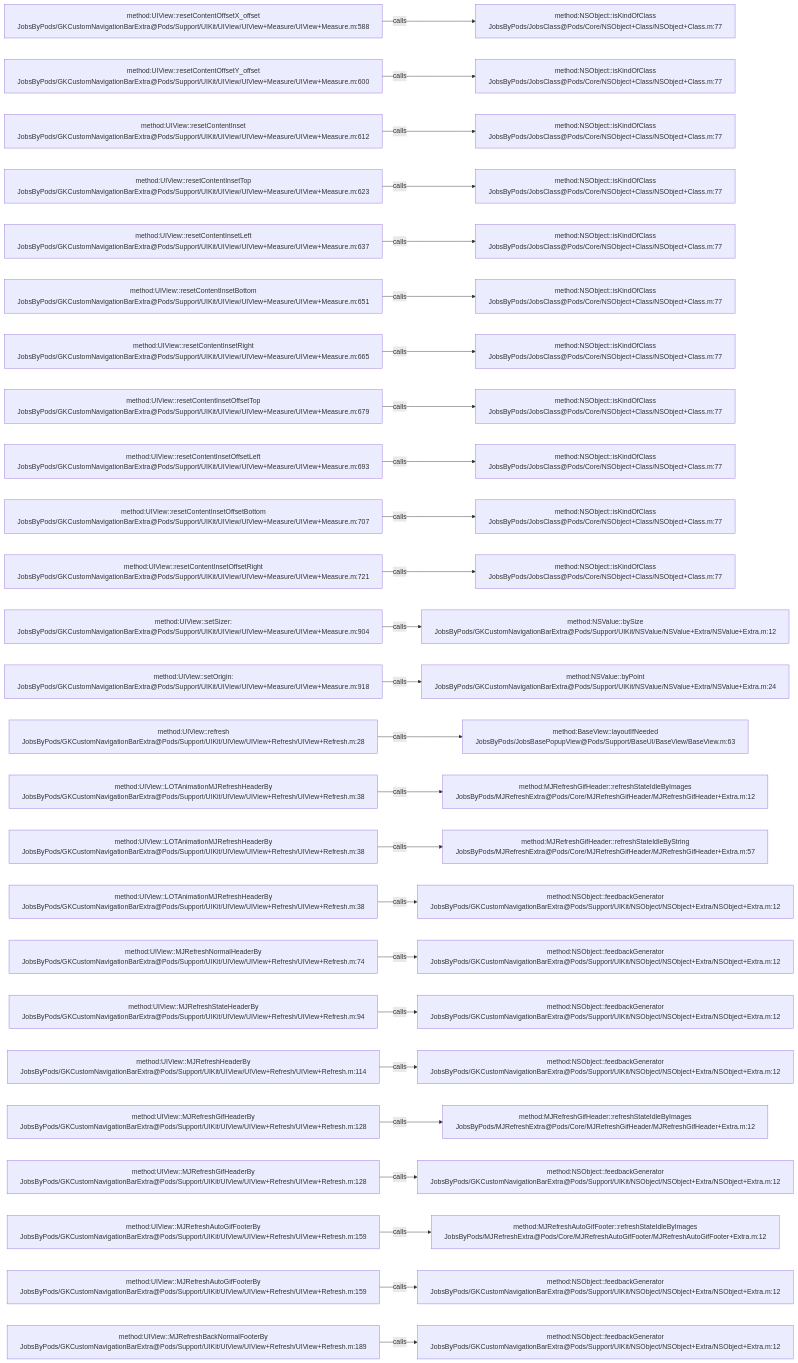
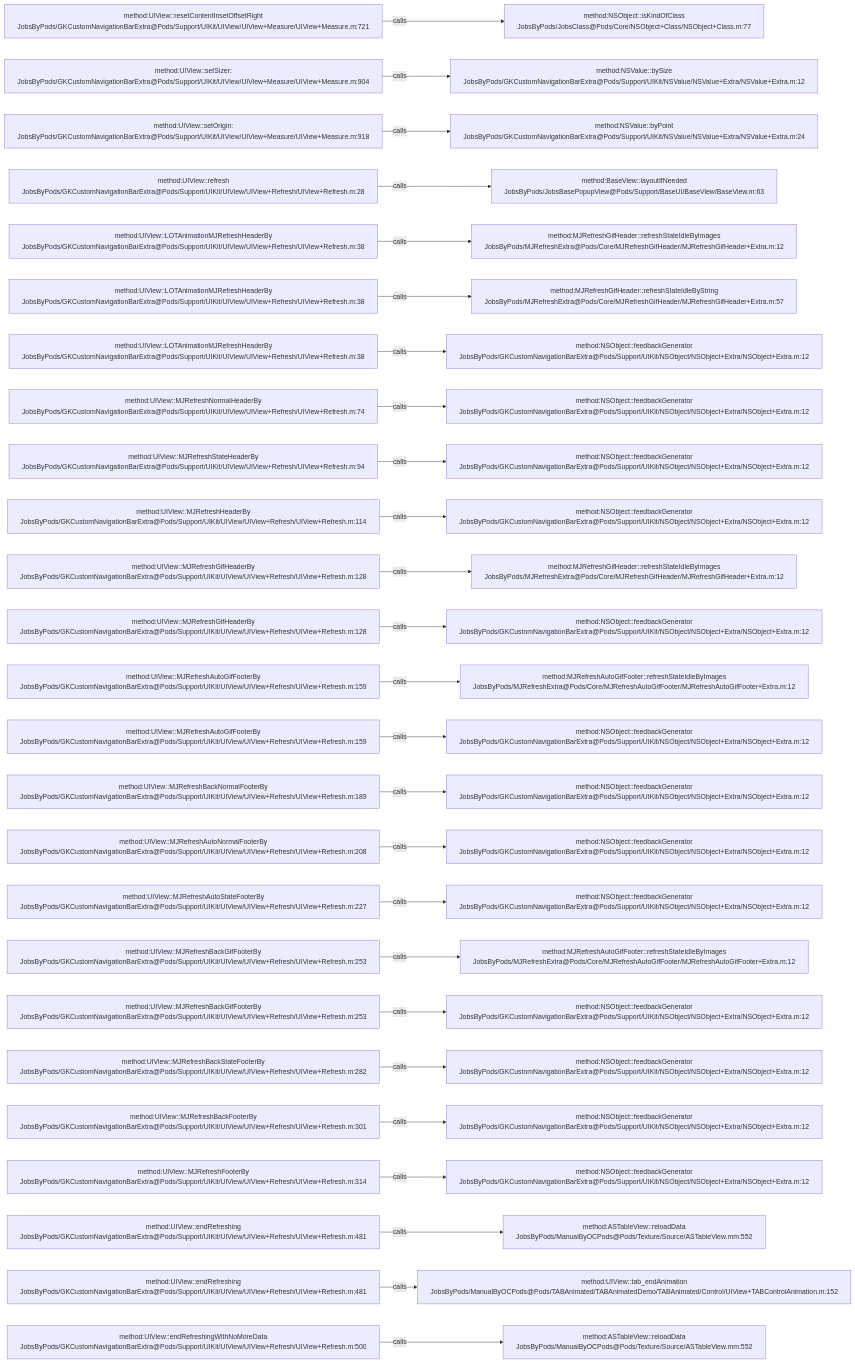
One commit to JobsKits/JobsOCBaseConfigDemo changed the diagram in .codegraph/codegraph.md/graphs/calls-010.md. Above: the diagram before and after it, drawn with Mermaid. The commit also changed 639 other files, not shown here.

````diff
--- a/.codegraph/codegraph.md/graphs/calls-010.md
+++ b/.codegraph/codegraph.md/graphs/calls-010.md
@@ -13,78 +13,78 @@
 ```mermaid
 flowchart LR
-  S1["method:UIView::resetContentOffsetX_offset<br/>JobsByPods/GKCustomNavigationBarExtra@Pods/Support/UIKit/UIView/UIView+Measure/UIView+Measure.m:588"]
+  S1["method:UIView::resetContentInsetOffsetRight<br/>JobsByPods/GKCustomNavigationBarExtra@Pods/Support/UIKit/UIView/UIView+Measure/UIView+Measure.m:721"]
   T1["method:NSObject::isKindOfClass<br/>JobsByPods/JobsClass@Pods/Core/NSObject+Class/NSObject+Class.m:77"]
   S1 -->|calls| T1
-  S2["method:UIView::resetContentOffsetY_offset<br/>JobsByPods/GKCustomNavigationBarExtra@Pods/Support/UIKit/UIView/UIView+Measure/UIView+Measure.m:600"]
-  T2["method:NSObject::isKindOfClass<br/>JobsByPods/JobsClass@Pods/Core/NSObject+Class/NSObject+Class.m:77"]
+  S2["method:UIView::setSizer:<br/>JobsByPods/GKCustomNavigationBarExtra@Pods/Support/UIKit/UIView/UIView+Measure/UIView+Measure.m:904"]
+  T2["method:NSValue::bySize<br/>JobsByPods/GKCustomNavigationBarExtra@Pods/Support/UIKit/NSValue/NSValue+Extra/NSValue+Extra.m:12"]
   S2 -->|calls| T2
-  S3["method:UIView::resetContentInset<br/>JobsByPods/GKCustomNavigationBarExtra@Pods/Support/UIKit/UIView/UIView+Measure/UIView+Measure.m:612"]
-  T3["method:NSObject::isKindOfClass<br/>JobsByPods/JobsClass@Pods/Core/NSObject+Class/NSObject+Class.m:77"]
+  S3["method:UIView::setOrigin:<br/>JobsByPods/GKCustomNavigationBarExtra@Pods/Support/UIKit/UIView/UIView+Measure/UIView+Measure.m:918"]
+  T3["method:NSValue::byPoint<br/>JobsByPods/GKCustomNavigationBarExtra@Pods/Support/UIKit/NSValue/NSValue+Extra/NSValue+Extra.m:24"]
   S3 -->|calls| T3
-  S4["method:UIView::resetContentInsetTop<br/>JobsByPods/GKCustomNavigationBarExtra@Pods/Support/UIKit/UIView/UIView+Measure/UIView+Measure.m:623"]
-  T4["method:NSObject::isKindOfClass<br/>JobsByPods/JobsClass@Pods/Core/NSObject+Class/NSObject+Class.m:77"]
+  S4["method:UIView::refresh<br/>JobsByPods/GKCustomNavigationBarExtra@Pods/Support/UIKit/UIView/UIView+Refresh/UIView+Refresh.m:28"]
+  T4["method:BaseView::layoutIfNeeded<br/>JobsByPods/JobsBasePopupView@Pods/Support/BaseUI/BaseView/BaseView.m:63"]
   S4 -->|calls| T4
-  S5["method:UIView::resetContentInsetLeft<br/>JobsByPods/GKCustomNavigationBarExtra@Pods/Support/UIKit/UIView/UIView+Measure/UIView+Measure.m:637"]
-  T5["method:NSObject::isKindOfClass<br/>JobsByPods/JobsClass@Pods/Core/NSObject+Class/NSObject+Class.m:77"]
+  S5["method:UIView::LOTAnimationMJRefreshHeaderBy<br/>JobsByPods/GKCustomNavigationBarExtra@Pods/Support/UIKit/UIView/UIView+Refresh/UIView+Refresh.m:38"]
+  T5["method:MJRefreshGifHeader::refreshStateIdleByImages<br/>JobsByPods/MJRefreshExtra@Pods/Core/MJRefreshGifHeader/MJRefreshGifHeader+Extra.m:12"]
   S5 -->|calls| T5
-  S6["method:UIView::resetContentInsetBottom<br/>JobsByPods/GKCustomNavigationBarExtra@Pods/Support/UIKit/UIView/UIView+Measure/UIView+Measure.m:651"]
-  T6["method:NSObject::isKindOfClass<br/>JobsByPods/JobsClass@Pods/Core/NSObject+Class/NSObject+Class.m:77"]
+  S6["method:UIView::LOTAnimationMJRefreshHeaderBy<br/>JobsByPods/GKCustomNavigationBarExtra@Pods/Support/UIKit/UIView/UIView+Refresh/UIView+Refresh.m:38"]
+  T6["method:MJRefreshGifHeader::refreshStateIdleByString<br/>JobsByPods/MJRefreshExtra@Pods/Core/MJRefreshGifHeader/MJRefreshGifHeader+Extra.m:57"]
   S6 -->|calls| T6
-  S7["method:UIView::resetContentInsetRight<br/>JobsByPods/GKCustomNavigationBarExtra@Pods/Support/UIKit/UIView/UIView+Measure/UIView+Measure.m:665"]
-  T7["method:NSObject::isKindOfClass<br/>JobsByPods/JobsClass@Pods/Core/NSObject+Class/NSObject+Class.m:77"]
+  S7["method:UIView::LOTAnimationMJRefreshHeaderBy<br/>JobsByPods/GKCustomNavigationBarExtra@Pods/Support/UIKit/UIView/UIView+Refresh/UIView+Refresh.m:38"]
+  T7["method:NSObject::feedbackGenerator<br/>JobsByPods/GKCustomNavigationBarExtra@Pods/Support/UIKit/NSObject/NSObject+Extra/NSObject+Extra.m:12"]
   S7 -->|calls| T7
-  S8["method:UIView::resetContentInsetOffsetTop<br/>JobsByPods/GKCustomNavigationBarExtra@Pods/Support/UIKit/UIView/UIView+Measure/UIView+Measure.m:679"]
-  T8["method:NSObject::isKindOfClass<br/>JobsByPods/JobsClass@Pods/Core/NSObject+Class/NSObject+Class.m:77"]
+  S8["method:UIView::MJRefreshNormalHeaderBy<br/>JobsByPods/GKCustomNavigationBarExtra@Pods/Support/UIKit/UIView/UIView+Refresh/UIView+Refresh.m:74"]
+  T8["method:NSObject::feedbackGenerator<br/>JobsByPods/GKCustomNavigationBarExtra@Pods/Support/UIKit/NSObject/NSObject+Extra/NSObject+Extra.m:12"]
   S8 -->|calls| T8
-  S9["method:UIView::resetContentInsetOffsetLeft<br/>JobsByPods/GKCustomNavigationBarExtra@Pods/Support/UIKit/UIView/UIView+Measure/UIView+Measure.m:693"]
-  T9["method:NSObject::isKindOfClass<br/>JobsByPods/JobsClass@Pods/Core/NSObject+Class/NSObject+Class.m:77"]
+  S9["method:UIView::MJRefreshStateHeaderBy<br/>JobsByPods/GKCustomNavigationBarExtra@Pods/Support/UIKit/UIView/UIView+Refresh/UIView+Refresh.m:94"]
+  T9["method:NSObject::feedbackGenerator<br/>JobsByPods/GKCustomNavigationBarExtra@Pods/Support/UIKit/NSObject/NSObject+Extra/NSObject+Extra.m:12"]
   S9 -->|calls| T9
-  S10["method:UIView::resetContentInsetOffsetBottom<br/>JobsByPods/GKCustomNavigationBarExtra@Pods/Support/UIKit/UIView/UIView+Measure/UIView+Measure.m:707"]
-  T10["method:NSObject::isKindOfClass<br/>JobsByPods/JobsClass@Pods/Core/NSObject+Class/NSObject+Class.m:77"]
+  S10["method:UIView::MJRefreshHeaderBy<br/>JobsByPods/GKCustomNavigationBarExtra@Pods/Support/UIKit/UIView/UIView+Refresh/UIView+Refresh.m:114"]
+  T10["method:NSObject::feedbackGenerator<br/>JobsByPods/GKCustomNavigationBarExtra@Pods/Support/UIKit/NSObject/NSObject+Extra/NSObject+Extra.m:12"]
   S10 -->|calls| T10
-  S11["method:UIView::resetContentInsetOffsetRight<br/>JobsByPods/GKCustomNavigationBarExtra@Pods/Support/UIKit/UIView/UIView+Measure/UIView+Measure.m:721"]
-  T11["method:NSObject::isKindOfClass<br/>JobsByPods/JobsClass@Pods/Core/NSObject+Class/NSObject+Class.m:77"]
+  S11["method:UIView::MJRefreshGifHeaderBy<br/>JobsByPods/GKCustomNavigationBarExtra@Pods/Support/UIKit/UIView/UIView+Refresh/UIView+Refresh.m:128"]
+  T11["method:MJRefreshGifHeader::refreshStateIdleByImages<br/>JobsByPods/MJRefreshExtra@Pods/Core/MJRefreshGifHeader/MJRefreshGifHeader+Extra.m:12"]
   S11 -->|calls| T11
-  S12["method:UIView::setSizer:<br/>JobsByPods/GKCustomNavigationBarExtra@Pods/Support/UIKit/UIView/UIView+Measure/UIView+Measure.m:904"]
-  T12["method:NSValue::bySize<br/>JobsByPods/GKCustomNavigationBarExtra@Pods/Support/UIKit/NSValue/NSValue+Extra/NSValue+Extra.m:12"]
+  S12["method:UIView::MJRefreshGifHeaderBy<br/>JobsByPods/GKCustomNavigationBarExtra@Pods/Support/UIKit/UIView/UIView+Refresh/UIView+Refresh.m:128"]
+  T12["method:NSObject::feedbackGenerator<br/>JobsByPods/GKCustomNavigationBarExtra@Pods/Support/UIKit/NSObject/NSObject+Extra/NSObject+Extra.m:12"]
   S12 -->|calls| T12
-  S13["method:UIView::setOrigin:<br/>JobsByPods/GKCustomNavigationBarExtra@Pods/Support/UIKit/UIView/UIView+Measure/UIView+Measure.m:918"]
-  T13["method:NSValue::byPoint<br/>JobsByPods/GKCustomNavigationBarExtra@Pods/Support/UIKit/NSValue/NSValue+Extra/NSValue+Extra.m:24"]
+  S13["method:UIView::MJRefreshAutoGifFooterBy<br/>JobsByPods/GKCustomNavigationBarExtra@Pods/Support/UIKit/UIView/UIView+Refresh/UIView+Refresh.m:159"]
+  T13["method:MJRefreshAutoGifFooter::refreshStateIdleByImages<br/>JobsByPods/MJRefreshExtra@Pods/Core/MJRefreshAutoGifFooter/MJRefreshAutoGifFooter+Extra.m:12"]
   S13 -->|calls| T13
-  S14["method:UIView::refresh<br/>JobsByPods/GKCustomNavigationBarExtra@Pods/Support/UIKit/UIView/UIView+Refresh/UIView+Refresh.m:28"]
-  T14["method:BaseView::layoutIfNeeded<br/>JobsByPods/JobsBasePopupView@Pods/Support/BaseUI/BaseView/BaseView.m:63"]
+  S14["method:UIView::MJRefreshAutoGifFooterBy<br/>JobsByPods/GKCustomNavigationBarExtra@Pods/Support/UIKit/UIView/UIView+Refresh/UIView+Refresh.m:159"]
+  T14["method:NSObject::feedbackGenerator<br/>JobsByPods/GKCustomNavigationBarExtra@Pods/Support/UIKit/NSObject/NSObject+Extra/NSObject+Extra.m:12"]
   S14 -->|calls| T14
-  S15["method:UIView::LOTAnimationMJRefreshHeaderBy<br/>JobsByPods/GKCustomNavigationBarExtra@Pods/Support/UIKit/UIView/UIView+Refresh/UIView+Refresh.m:38"]
-  T15["method:MJRefreshGifHeader::refreshStateIdleByImages<br/>JobsByPods/MJRefreshExtra@Pods/Core/MJRefreshGifHeader/MJRefreshGifHeader+Extra.m:12"]
+  S15["method:UIView::MJRefreshBackNormalFooterBy<br/>JobsByPods/GKCustomNavigationBarExtra@Pods/Support/UIKit/UIView/UIView+Refresh/UIView+Refresh.m:189"]
+  T15["method:NSObject::feedbackGenerator<br/>JobsByPods/GKCustomNavigationBarExtra@Pods/Support/UIKit/NSObject/NSObject+Extra/NSObject+Extra.m:12"]
   S15 -->|calls| T15
-  S16["method:UIView::LOTAnimationMJRefreshHeaderBy<br/>JobsByPods/GKCustomNavigationBarExtra@Pods/Support/UIKit/UIView/UIView+Refresh/UIView+Refresh.m:38"]
-  T16["method:MJRefreshGifHeader::refreshStateIdleByString<br/>JobsByPods/MJRefreshExtra@Pods/Core/MJRefreshGifHeader/MJRefreshGifHeader+Extra.m:57"]
+  S16["method:UIView::MJRefreshAutoNormalFooterBy<br/>JobsByPods/GKCustomNavigationBarExtra@Pods/Support/UIKit/UIView/UIView+Refresh/UIView+Refresh.m:208"]
+  T16["method:NSObject::feedbackGenerator<br/>JobsByPods/GKCustomNavigationBarExtra@Pods/Support/UIKit/NSObject/NSObject+Extra/NSObject+Extra.m:12"]
   S16 -->|calls| T16
-  S17["method:UIView::LOTAnimationMJRefreshHeaderBy<br/>JobsByPods/GKCustomNavigationBarExtra@Pods/Support/UIKit/UIView/UIView+Refresh/UIView+Refresh.m:38"]
+  S17["method:UIView::MJRefreshAutoStateFooterBy<br/>JobsByPods/GKCustomNavigationBarExtra@Pods/Support/UIKit/UIView/UIView+Refresh/UIView+Refresh.m:227"]
   T17["method:NSObject::feedbackGenerator<br/>JobsByPods/GKCustomNavigationBarExtra@Pods/Support/UIKit/NSObject/NSObject+Extra/NSObject+Extra.m:12"]
   S17 -->|calls| T17
-  S18["method:UIView::MJRefreshNormalHeaderBy<br/>JobsByPods/GKCustomNavigationBarExtra@Pods/Support/UIKit/UIView/UIView+Refresh/UIView+Refresh.m:74"]
-  T18["method:NSObject::feedbackGenerator<br/>JobsByPods/GKCustomNavigationBarExtra@Pods/Support/UIKit/NSObject/NSObject+Extra/NSObject+Extra.m:12"]
+  S18["method:UIView::MJRefreshBackGifFooterBy<br/>JobsByPods/GKCustomNavigationBarExtra@Pods/Support/UIKit/UIView/UIView+Refresh/UIView+Refresh.m:253"]
+  T18["method:MJRefreshAutoGifFooter::refreshStateIdleByImages<br/>JobsByPods/MJRefreshExtra@Pods/Core/MJRefreshAutoGifFooter/MJRefreshAutoGifFooter+Extra.m:12"]
   S18 -->|calls| T18
-  S19["method:UIView::MJRefreshStateHeaderBy<br/>JobsByPods/GKCustomNavigationBarExtra@Pods/Support/UIKit/UIView/UIView+Refresh/UIView+Refresh.m:94"]
+  S19["method:UIView::MJRefreshBackGifFooterBy<br/>JobsByPods/GKCustomNavigationBarExtra@Pods/Support/UIKit/UIView/UIView+Refresh/UIView+Refresh.m:253"]
   T19["method:NSObject::feedbackGenerator<br/>JobsByPods/GKCustomNavigationBarExtra@Pods/Support/UIKit/NSObject/NSObject+Extra/NSObject+Extra.m:12"]
   S19 -->|calls| T19
-  S20["method:UIView::MJRefreshHeaderBy<br/>JobsByPods/GKCustomNavigationBarExtra@Pods/Support/UIKit/UIView/UIView+Refresh/UIView+Refresh.m:114"]
+  S20["method:UIView::MJRefreshBackStateFooterBy<br/>JobsByPods/GKCustomNavigationBarExtra@Pods/Support/UIKit/UIView/UIView+Refresh/UIView+Refresh.m:282"]
   T20["method:NSObject::feedbackGenerator<br/>JobsByPods/GKCustomNavigationBarExtra@Pods/Support/UIKit/NSObject/NSObject+Extra/NSObject+Extra.m:12"]
   S20 -->|calls| T20
-  S21["method:UIView::MJRefreshGifHeaderBy<br/>JobsByPods/GKCustomNavigationBarExtra@Pods/Support/UIKit/UIView/UIView+Refresh/UIView+Refresh.m:128"]
-  T21["method:MJRefreshGifHeader::refreshStateIdleByImages<br/>JobsByPods/MJRefreshExtra@Pods/Core/MJRefreshGifHeader/MJRefreshGifHeader+Extra.m:12"]
+  S21["method:UIView::MJRefreshBackFooterBy<br/>JobsByPods/GKCustomNavigationBarExtra@Pods/Support/UIKit/UIView/UIView+Refresh/UIView+Refresh.m:301"]
+  T21["method:NSObject::feedbackGenerator<br/>JobsByPods/GKCustomNavigationBarExtra@Pods/Support/UIKit/NSObject/NSObject+Extra/NSObject+Extra.m:12"]
   S21 -->|calls| T21
-  S22["method:UIView::MJRefreshGifHeaderBy<br/>JobsByPods/GKCustomNavigationBarExtra@Pods/Support/UIKit/UIView/UIView+Refresh/UIView+Refresh.m:128"]
+  S22["method:UIView::MJRefreshFooterBy<br/>JobsByPods/GKCustomNavigationBarExtra@Pods/Support/UIKit/UIView/UIView+Refresh/UIView+Refresh.m:314"]
   T22["method:NSObject::feedbackGenerator<br/>JobsByPods/GKCustomNavigationBarExtra@Pods/Support/UIKit/NSObject/NSObject+Extra/NSObject+Extra.m:12"]
   S22 -->|calls| T22
-  S23["method:UIView::MJRefreshAutoGifFooterBy<br/>JobsByPods/GKCustomNavigationBarExtra@Pods/Support/UIKit/UIView/UIView+Refresh/UIView+Refresh.m:159"]
-  T23["method:MJRefreshAutoGifFooter::refreshStateIdleByImages<br/>JobsByPods/MJRefreshExtra@Pods/Core/MJRefreshAutoGifFooter/MJRefreshAutoGifFooter+Extra.m:12"]
+  S23["method:UIView::endRefreshing<br/>JobsByPods/GKCustomNavigationBarExtra@Pods/Support/UIKit/UIView/UIView+Refresh/UIView+Refresh.m:481"]
+  T23["method:ASTableView::reloadData<br/>JobsByPods/ManualByOCPods@Pods/Texture/Source/ASTableView.mm:552"]
   S23 -->|calls| T23
-  S24["method:UIView::MJRefreshAutoGifFooterBy<br/>JobsByPods/GKCustomNavigationBarExtra@Pods/Support/UIKit/UIView/UIView+Refresh/UIView+Refresh.m:159"]
-  T24["method:NSObject::feedbackGenerator<br/>JobsByPods/GKCustomNavigationBarExtra@Pods/Support/UIKit/NSObject/NSObject+Extra/NSObject+Extra.m:12"]
+  S24["method:UIView::endRefreshing<br/>JobsByPods/GKCustomNavigationBarExtra@Pods/Support/UIKit/UIView/UIView+Refresh/UIView+Refresh.m:481"]
+  T24["method:UIView::tab_endAnimation<br/>JobsByPods/ManualByOCPods@Pods/TABAnimated/TABAnimatedDemo/TABAnimated/Control/UIView+TABControlAnimation.m:152"]
   S24 -->|calls| T24
-  S25["method:UIView::MJRefreshBackNormalFooterBy<br/>JobsByPods/GKCustomNavigationBarExtra@Pods/Support/UIKit/UIView/UIView+Refresh/UIView+Refresh.m:189"]
-  T25["method:NSObject::feedbackGenerator<br/>JobsByPods/GKCustomNavigationBarExtra@Pods/Support/UIKit/NSObject/NSObject+Extra/NSObject+Extra.m:12"]
+  S25["method:UIView::endRefreshingWithNoMoreData<br/>JobsByPods/GKCustomNavigationBarExtra@Pods/Support/UIKit/UIView/UIView+Refresh/UIView+Refresh.m:500"]
+  T25["method:ASTableView::reloadData<br/>JobsByPods/ManualByOCPods@Pods/Texture/Source/ASTableView.mm:552"]
   S25 -->|calls| T25
 ```
````
